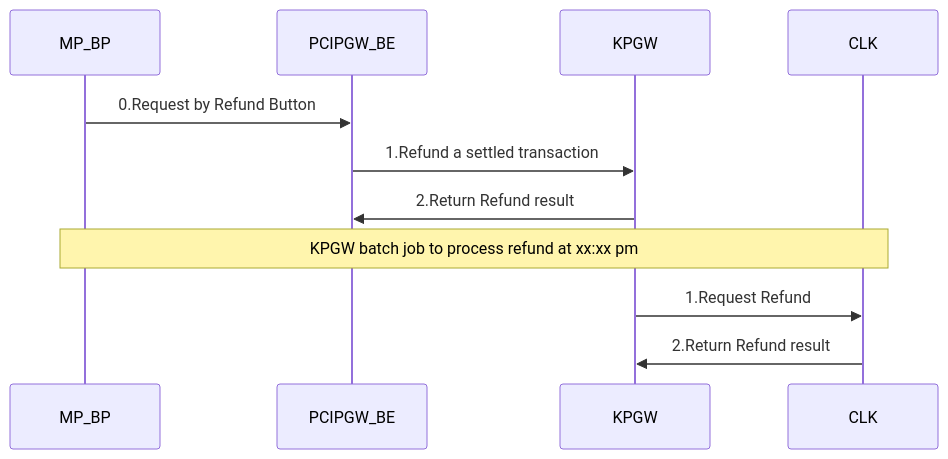
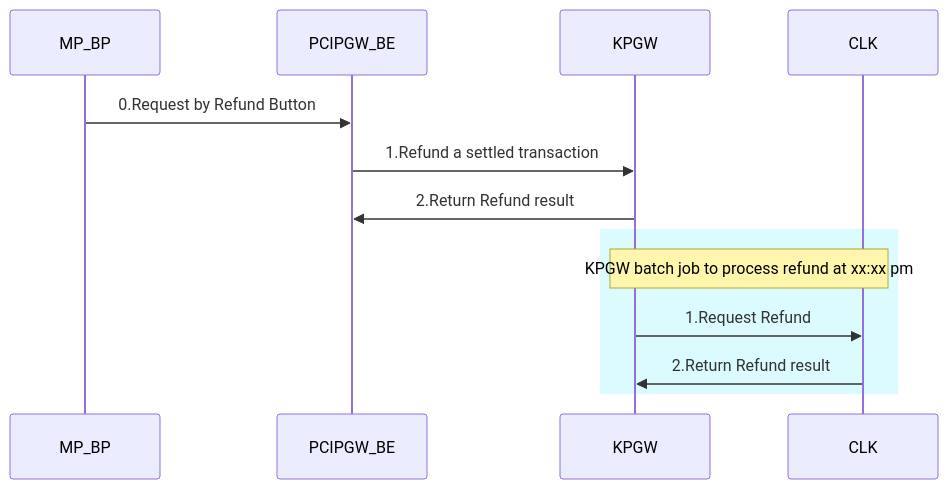
One commit to yuusuke25/MyNotes changed the third of 3 diagrams in Cybs-Ph2-Flow2.md. Above: the diagram before and after it, drawn with Mermaid.

````diff
--- a/Cybs-Ph2-Flow2.md
+++ b/Cybs-Ph2-Flow2.md
@@ -47,9 +47,11 @@
 ```mermaid
     sequenceDiagram
         MP_BP->>PCIPGW_BE:0.Request by Refund Button
         PCIPGW_BE->>KPGW:1.Refund a settled transaction
         KPGW->>PCIPGW_BE:2.Return Refund result
-        Note over MP_BP,CLK: KPGW batch job to process refund at xx:xx pm
-        KPGW->>CLK:1.Request Refund
-        CLK->>KPGW:2.Return Refund result
+        rect rgb(220, 251, 255)
+            Note over KPGW,CLK: KPGW batch job to process refund at xx:xx pm
+            KPGW->>CLK:1.Request Refund
+            CLK->>KPGW:2.Return Refund result
+        end
 ```
````
